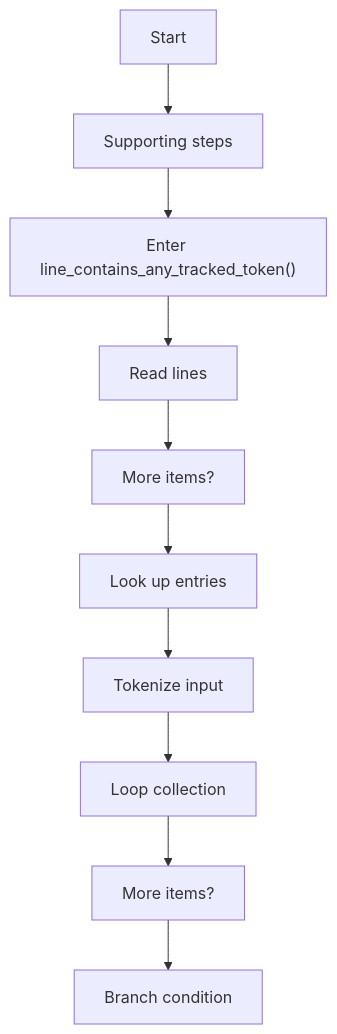
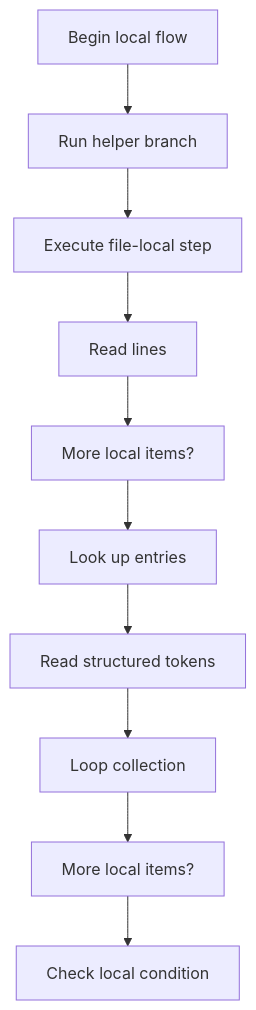
One commit to JohnAndrewBalbarosa/NeoTerritory changed the first of 7 diagrams in docs/Codebase/Microservice/Modules/Source/Trees/ClassGeneration/VirtualBroken/relevance.cpp.md. Above: the diagram before and after it, drawn with Mermaid. The commit also changed other lines of this file and 925 other files, not shown here.

````diff
--- a/docs/Codebase/Microservice/Modules/Source/Trees/ClassGeneration/VirtualBroken/relevance.cpp.md
+++ b/docs/Codebase/Microservice/Modules/Source/Trees/ClassGeneration/VirtualBroken/relevance.cpp.md
@@ -30,22 +29,22 @@
 ```mermaid
 flowchart TD
-    N0["Start"]
-    N1["Supporting steps"]
-    N2["Enter line_contains_any_tracked_token()"]
+    N0["Begin local flow"]
+    N1["Run helper branch"]
+    N2["Execute file-local step"]
     N3["Read lines"]
-    N4["More items?"]
+    N4["More local items?"]
     N5["Look up entries"]
-    N6["Tokenize input"]
+    N6["Read structured tokens"]
     N7["Loop collection"]
-    N8["More items?"]
-    N9["Branch condition"]
+    N8["More local items?"]
+    N9["Check local condition"]
     N0 --> N1
     N1 --> N2
     N2 --> N3
     N3 --> N4
     N4 --> N5
     N5 --> N6
     N6 --> N7
     N7 --> N8
     N8 --> N9
 ```
````
